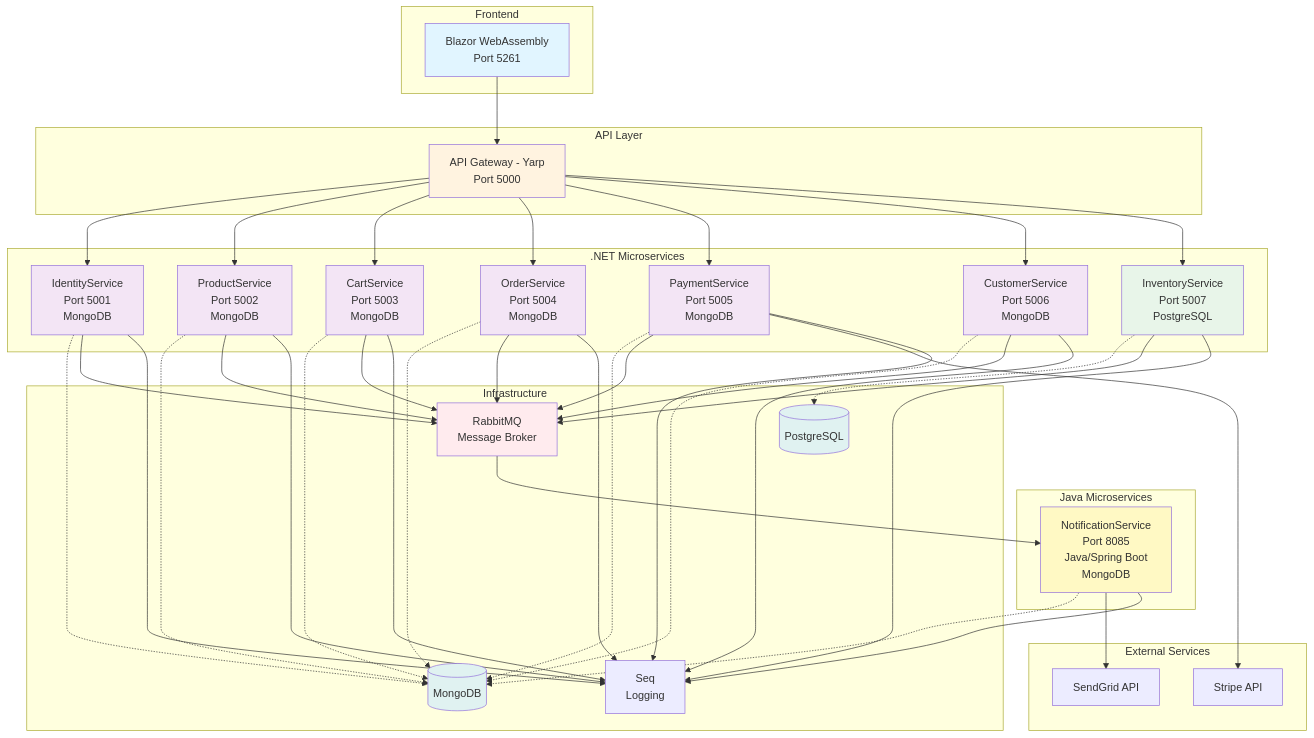
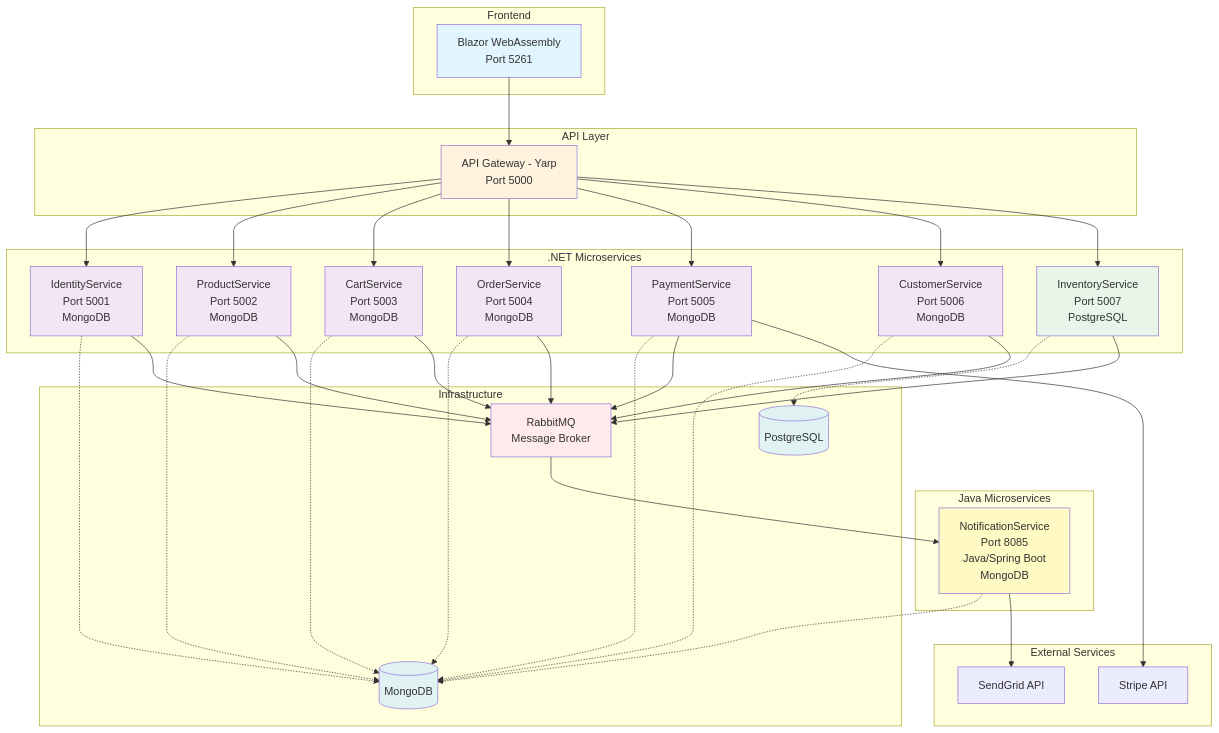
One commit to joriente/microservices changed the first of 15 diagrams in docs/Architecture-Diagrams.md. Above: the diagram before and after it, drawn with Mermaid. The commit also changed other lines of this file and 12 other files, not shown here.

````diff
--- a/docs/Architecture-Diagrams.md
+++ b/docs/Architecture-Diagrams.md
@@ -18,65 +18,62 @@
 ```mermaid
 flowchart TB
     subgraph "Frontend"
         UI[Blazor WebAssembly<br/>Port 5261]
     end
     
     subgraph "API Layer"
         GW[API Gateway - Yarp<br/>Port 5000]
     end
     
     subgraph ".NET Microservices"
         ID[IdentityService<br/>Port 5001<br/>MongoDB]
         PROD[ProductService<br/>Port 5002<br/>MongoDB]
         CART[CartService<br/>Port 5003<br/>MongoDB]
         ORD[OrderService<br/>Port 5004<br/>MongoDB]
         PAY[PaymentService<br/>Port 5005<br/>MongoDB]
         CUST[CustomerService<br/>Port 5006<br/>MongoDB]
         INV[InventoryService<br/>Port 5007<br/>PostgreSQL]
     end
     
     subgraph "Java Microservices"
         NOT[NotificationService<br/>Port 8085<br/>Java/Spring Boot<br/>MongoDB]
     end
     
     subgraph "Infrastructure"
         MDB[(MongoDB)]
         PG[(PostgreSQL)]
         RMQ[RabbitMQ<br/>Message Broker]
-        SEQ[Seq<br/>Logging]
     end
     
     subgraph "External Services"
         STRIPE[Stripe API]
         SENDGRID[SendGrid API]
     end
     
     UI --> GW
     GW --> ID & PROD & CART & ORD & PAY & CUST & INV
     
     ID & PROD & CART & ORD & PAY & CUST -.-> MDB
     INV -.-> PG
     NOT -.-> MDB
     
     ID & PROD & CART & ORD & PAY & CUST & INV --> RMQ
     RMQ --> NOT
     
     PAY --> STRIPE
     NOT --> SENDGRID
     
-    ID & PROD & CART & ORD & PAY & CUST & INV & NOT --> SEQ
-    
     style UI fill:#e1f5ff
     style GW fill:#fff3e0
     style ID fill:#f3e5f5
     style PROD fill:#f3e5f5
     style CART fill:#f3e5f5
     style ORD fill:#f3e5f5
     style PAY fill:#f3e5f5
     style CUST fill:#f3e5f5
     style INV fill:#e8f5e9
     style NOT fill:#fff9c4
     style RMQ fill:#ffebee
     style MDB fill:#e0f2f1
     style PG fill:#e0f2f1
 ```
````
